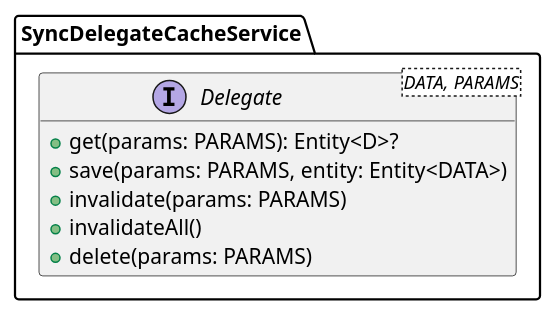
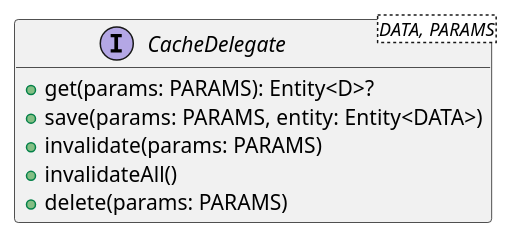
The diagram in readme_files/cache_delegate.puml (motorro/RxLceModel), drawn with PlantUML before and after one commit. The commit also changed 24 other files, not shown here.

```diff
--- a/readme_files/cache_delegate.puml
+++ b/readme_files/cache_delegate.puml
@@ -1,10 +1,10 @@
 @startuml
 hide empty members
-interface SyncDelegateCacheService.Delegate<DATA, PARAMS> {
+interface CacheDelegate<DATA, PARAMS> {
         +get(params: PARAMS): Entity<D>?
         +save(params: PARAMS, entity: Entity<DATA>)
         +invalidate(params: PARAMS)
         +invalidateAll()
         +delete(params: PARAMS)
 }
 @enduml
```
